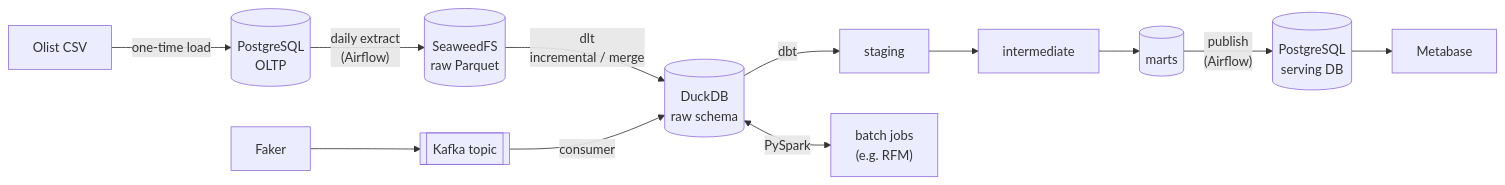
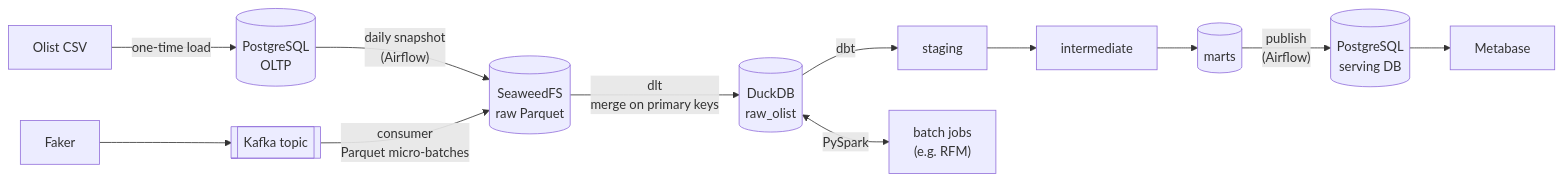
The diagram in docs/ARCHITECTURE.md (edward179/de-ecommerce-pipeline), drawn with Mermaid before and after one commit. The commit also changed other lines of this file and 4 other files, not shown here.

Commit message:
docs: align README and ARCHITECTURE with the code, make ROADMAP local

````diff
--- a/docs/ARCHITECTURE.md
+++ b/docs/ARCHITECTURE.md
@@ -8,10 +8,10 @@
 ```mermaid
 flowchart LR
   CSV["Olist CSV"] -->|"one-time load"| PG[("PostgreSQL<br/>OLTP")]
-  PG -->|"daily extract<br/>(Airflow)"| LAKE[("SeaweedFS<br/>raw Parquet")]
-  LAKE -->|"dlt<br/>incremental / merge"| RAW[("DuckDB<br/>raw schema")]
-  FK["Faker"] --> KF[["Kafka topic"]] -->|"consumer"| RAW
+  PG -->|"daily snapshot<br/>(Airflow)"| LAKE[("SeaweedFS<br/>raw Parquet")]
+  LAKE -->|"dlt<br/>merge on primary keys"| RAW[("DuckDB<br/>raw_olist")]
+  FK["Faker"] --> KF[["Kafka topic"]] -->|"consumer<br/>Parquet micro-batches"| LAKE
   RAW -->|"dbt"| STG["staging"] --> INT["intermediate"] --> MART[("marts")]
   RAW <-->|"PySpark"| SPARK["batch jobs<br/>(e.g. RFM)"]
   MART -->|"publish<br/>(Airflow)"| SRV[("PostgreSQL<br/>serving DB")] --> MB["Metabase"]
 ```
````
